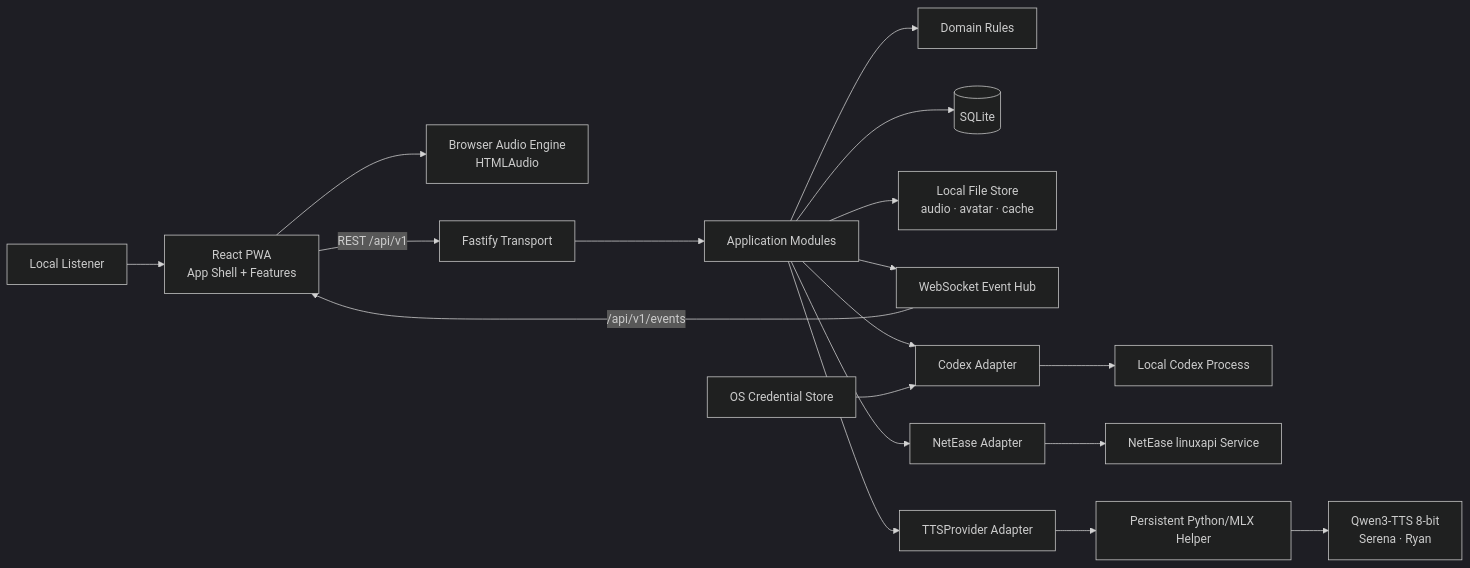
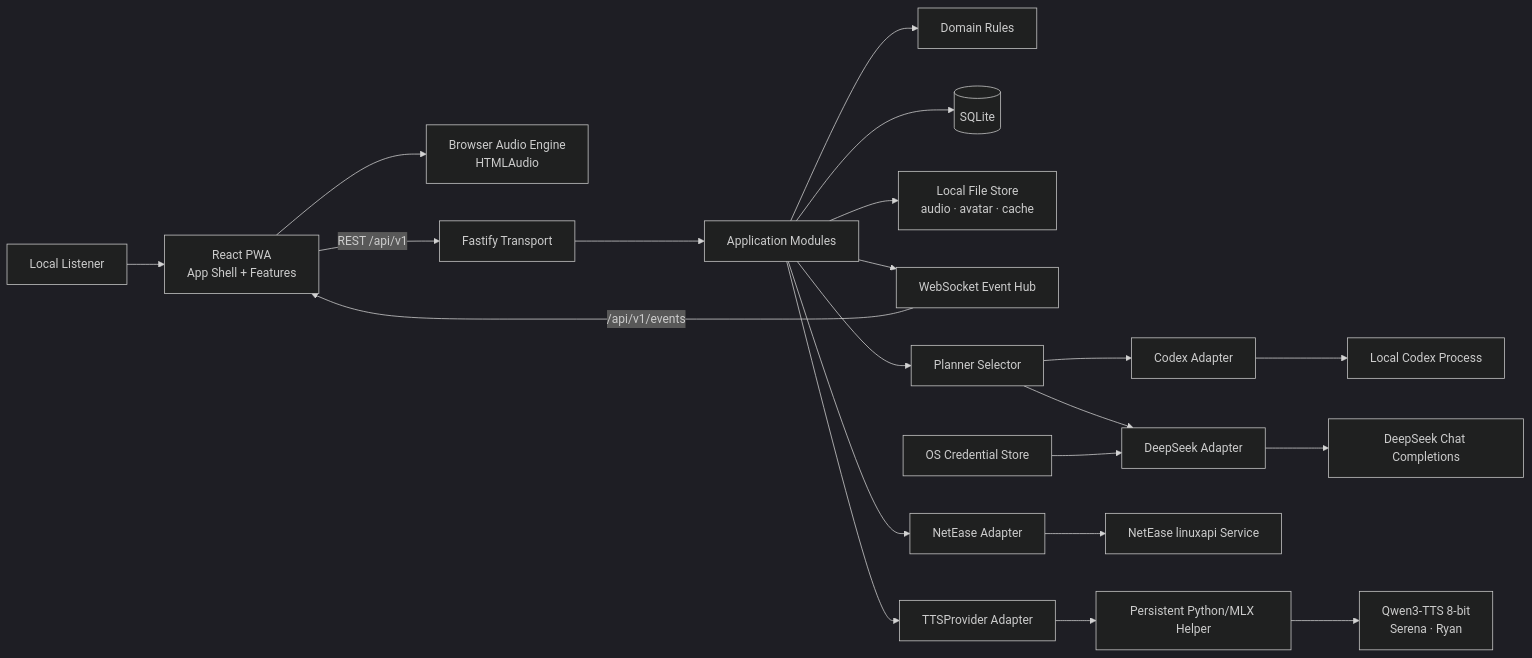
One commit to komochi007/koradio changed the first of 8 diagrams in architecture.md. Above: the diagram before and after it, drawn with Mermaid (dark theme). The commit also changed other lines of this file and 56 other files, not shown here.

Commit message:
feat(ai): [AI-01] 接入 DeepSeek 规划 Provider

````diff
--- a/architecture.md
+++ b/architecture.md
@@ -37,20 +38,23 @@
 ```mermaid
 flowchart LR
     User["Local Listener"] --> Web["React PWA<br/>App Shell + Features"]
     Web --> Audio["Browser Audio Engine<br/>HTMLAudio"]
     Web -->|"REST /api/v1"| API["Fastify Transport"]
     API --> Modules["Application Modules"]
     Modules --> Domain["Domain Rules"]
     Modules --> DB[("SQLite")]
     Modules --> Files["Local File Store<br/>audio · avatar · cache"]
     Modules --> Events["WebSocket Event Hub"]
     Events -->|"/api/v1/events"| Web
-    Modules --> Codex["Codex Adapter"]
+    Modules --> Planner["Planner Selector"]
     Modules --> Music["NetEase Adapter"]
     Modules --> TTS["TTSProvider Adapter"]
+    Planner --> Codex["Codex Adapter"]
+    Planner --> DeepSeek["DeepSeek Adapter"]
     Codex --> CodexExt["Local Codex Process"]
+    DeepSeek --> DeepSeekExt["DeepSeek Chat Completions"]
     Music --> MusicExt["NetEase linuxapi Service"]
     TTS --> TTSHelper["Persistent Python/MLX Helper"]
     TTSHelper --> QwenTTS["Qwen3-TTS 8-bit<br/>Serena · Ryan"]
-    Secrets["OS Credential Store"] --> Codex
+    Secrets["OS Credential Store"] --> DeepSeek
 ```
````
